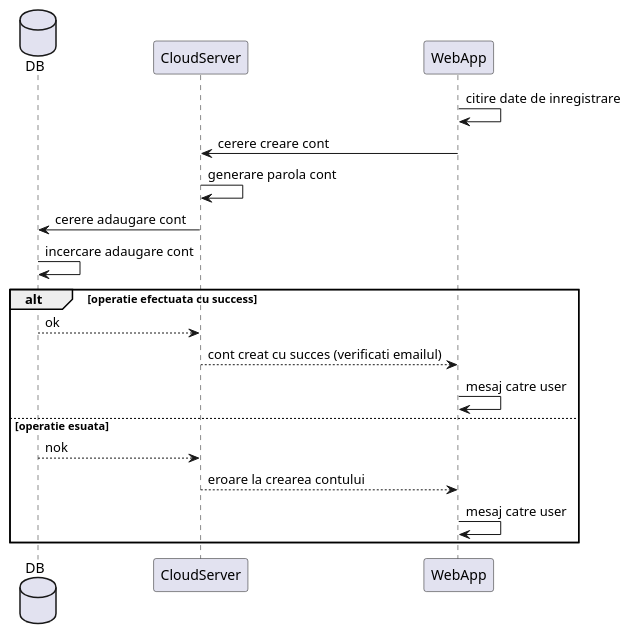
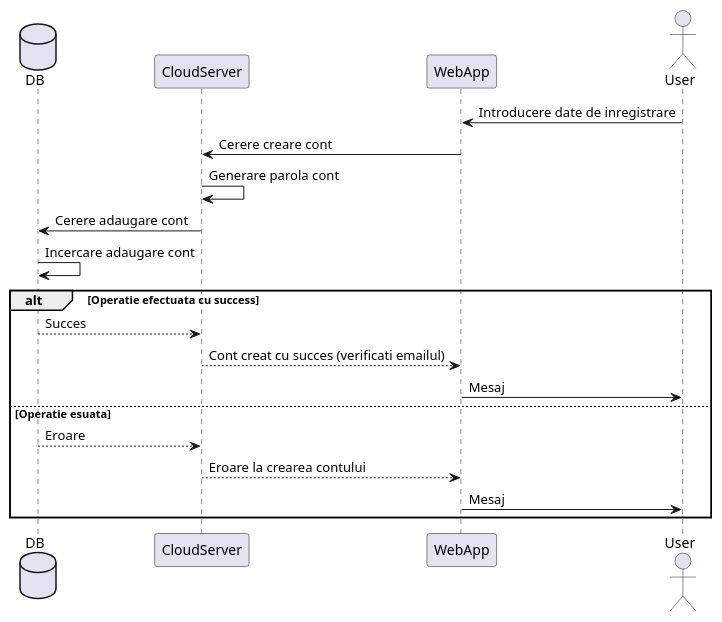
The diagram in Sequence_DG/WebApp/signup.plantuml (BVasi/ProiectIP), drawn with PlantUML before and after one commit. The commit also changed 12 other files, not shown here.

Commit message:
Modificare diagrame

```diff
--- a/Sequence_DG/WebApp/signup.plantuml
+++ b/Sequence_DG/WebApp/signup.plantuml
@@ -1,23 +1,24 @@
-@startuml signup
+@startuml Signup
 
 database DB
 participant CloudServer
 participant WebApp
+actor User
 
-WebApp -> WebApp: citire date de inregistrare
-WebApp -> CloudServer: cerere creare cont
-CloudServer -> CloudServer: generare parola cont
-CloudServer -> DB: cerere adaugare cont
-DB -> DB: incercare adaugare cont
+User -> WebApp: Introducere date de inregistrare
+WebApp -> CloudServer: Cerere creare cont
+CloudServer -> CloudServer: Generare parola cont
+CloudServer -> DB: Cerere adaugare cont
+DB -> DB: Incercare adaugare cont
 
-alt operatie efectuata cu success
-    DB --> CloudServer: ok
-    CloudServer --> WebApp: cont creat cu succes (verificati emailul)
-    WebApp -> WebApp: mesaj catre user
-else operatie esuata
-    DB --> CloudServer: nok
-    CloudServer --> WebApp: eroare la crearea contului
-    WebApp -> WebApp: mesaj catre user
+alt Operatie efectuata cu success
+    DB --> CloudServer: Succes
+    CloudServer --> WebApp: Cont creat cu succes (verificati emailul)
+    WebApp -> User: Mesaj 
+else Operatie esuata
+    DB --> CloudServer: Eroare
+    CloudServer --> WebApp: Eroare la crearea contului
+    WebApp -> User: Mesaj 
 end
 
 @enduml
```
